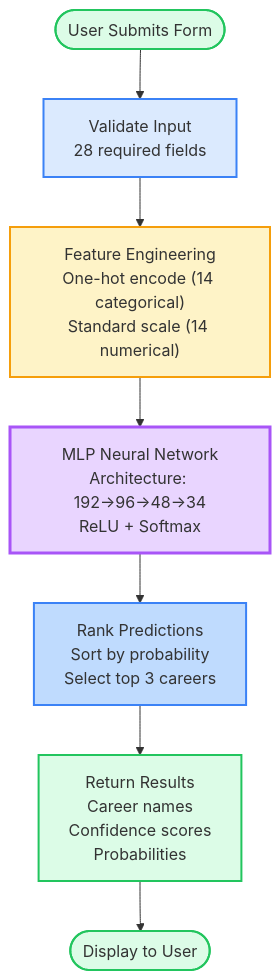
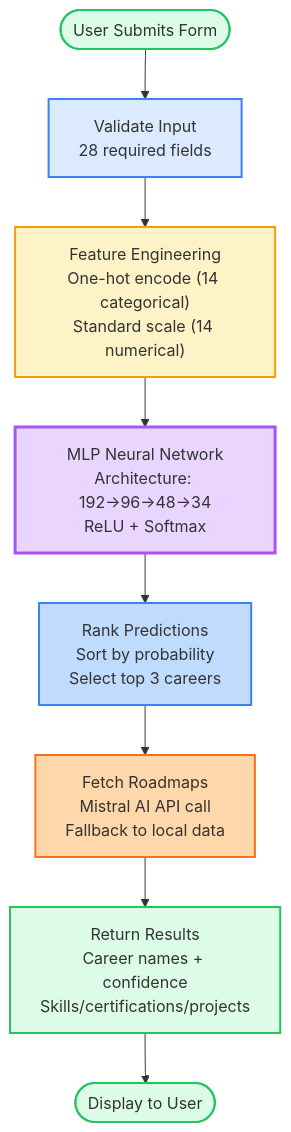
Before and after one commit to rafainamdar04/BrightPathCareerRecommendation: the fifth of 13 diagrams in docs/FIGURES.md, drawn with Mermaid. The commit also changed other lines of this file and 5 other files, not shown here.

Commit message:
Integrate roadmap generation into diagrams: Add roadmap step to prediction flow, new user interaction branch, roadmap endpoints in API architecture, and new dedicated roadmap generation technical diagram (13)

````diff
--- a/docs/FIGURES.md
+++ b/docs/FIGURES.md
@@ -242,24 +242,27 @@
 ```mermaid
 flowchart TD
-    %% Career Prediction Algorithm - Balanced Flowchart
+    %% Career Prediction Algorithm with Roadmap Generation
     
     Start([User Submits Form]) --> Validate["Validate Input<br/>28 required fields"]
     
     Validate --> Preprocess["Feature Engineering<br/>One-hot encode (14 categorical)<br/>Standard scale (14 numerical)"]
     
     Preprocess --> Model["MLP Neural Network<br/>Architecture: 192→96→48→34<br/>ReLU + Softmax"]
     
     Model --> Rank["Rank Predictions<br/>Sort by probability<br/>Select top 3 careers"]
     
-    Rank --> Output["Return Results<br/>Career names<br/>Confidence scores<br/>Probabilities"]
+    Rank --> Roadmap["Fetch Roadmaps<br/>Mistral AI API call<br/>Fallback to local data"]
+    
+    Roadmap --> Output["Return Results<br/>Career names + confidence<br/>Skills/certifications/projects"]
     
     Output --> End([Display to User])
     
     style Start fill:#dcfce7,stroke:#22c55e,stroke-width:2px
     style Validate fill:#dbeafe,stroke:#3b82f6,stroke-width:2px
     style Preprocess fill:#fef3c7,stroke:#f59e0b,stroke-width:2px
     style Model fill:#e9d5ff,stroke:#a855f7,stroke-width:3px
     style Rank fill:#bfdbfe,stroke:#3b82f6,stroke-width:2px
+    style Roadmap fill:#fed7aa,stroke:#f97316,stroke-width:2px
     style Output fill:#dcfce7,stroke:#22c55e,stroke-width:2px
     style End fill:#dcfce7,stroke:#22c55e,stroke-width:2px
 ```
````
